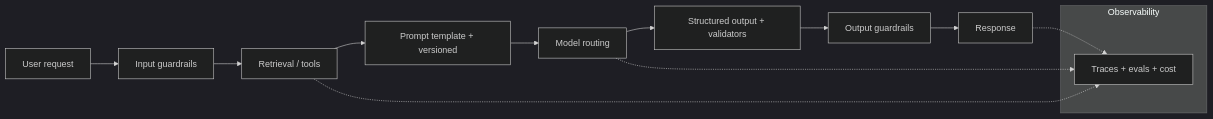
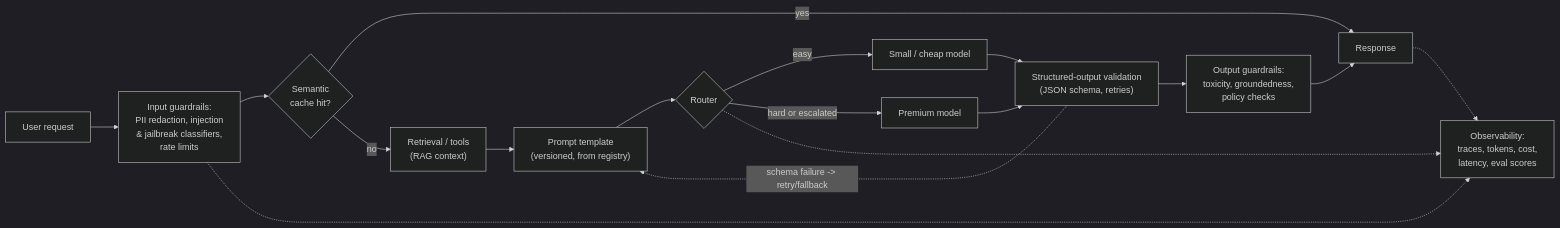
The first of 3 diagrams in roadmap/phase-5-mlops/07-llmops.md (ABHIRAM3007/itp), drawn with Mermaid (dark theme) before and after one commit. The commit also changed other lines of this file and 16 other files, not shown here.

````diff
--- a/roadmap/phase-5-mlops/07-llmops.md
+++ b/roadmap/phase-5-mlops/07-llmops.md
@@ -70,16 +96,19 @@
 ```mermaid
 flowchart LR
-    U["User request"] --> G["Input guardrails"]
-    G --> R["Retrieval / tools"]
-    R --> P["Prompt template + versioned"]
-    P --> M["Model routing"]
-    M --> O["Structured output + validators"]
-    O --> Gu["Output guardrails"]
-    Gu --> Ans["Response"]
-    subgraph Observability
-        L["Traces + evals + cost"]
-    end
-    Ans -.-> L
-    R -.-> L
-    M -.-> L
+    U["User request"] --> IG["Input guardrails:\nPII redaction, injection\n& jailbreak classifiers,\nrate limits"]
+    IG --> C{"Semantic\ncache hit?"}
+    C -->|yes| Ans["Response"]
+    C -->|no| R["Retrieval / tools\n(RAG context)"]
+    R --> P["Prompt template\n(versioned, from registry)"]
+    P --> RT{"Router"}
+    RT -->|easy| Cheap["Small / cheap model"]
+    RT -->|hard or escalated| Prem["Premium model"]
+    Cheap --> V["Structured-output validation\n(JSON schema, retries)"]
+    Prem --> V
+    V --> OG["Output guardrails:\ntoxicity, groundedness,\npolicy checks"]
+    OG --> Ans
+    Ans -.-> Obs["Observability:\ntraces, tokens, cost,\nlatency, eval scores"]
+    IG -.-> Obs
+    RT -.-> Obs
+    V -.->|schema failure -> retry/fallback| P
 ```
````
